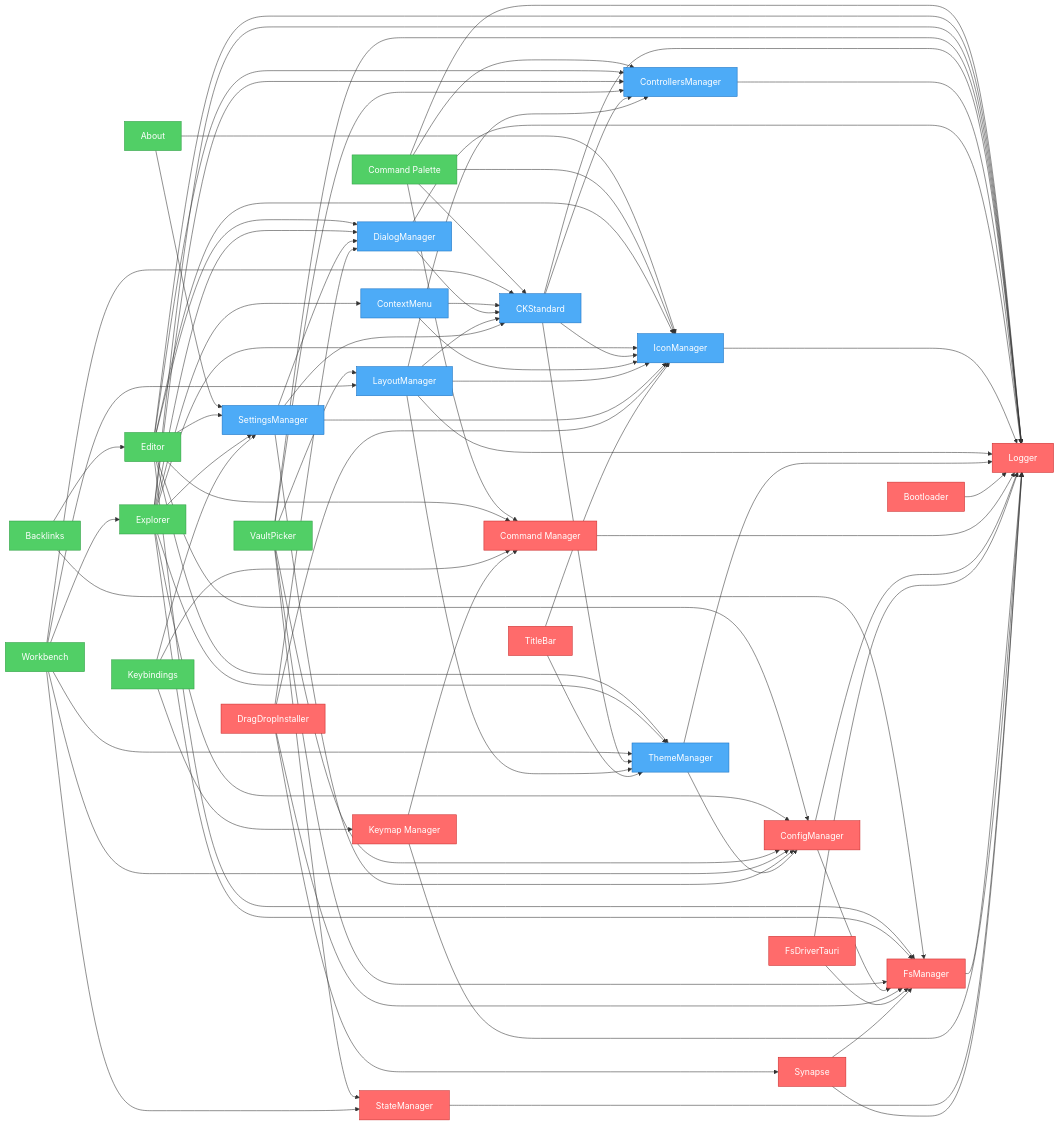
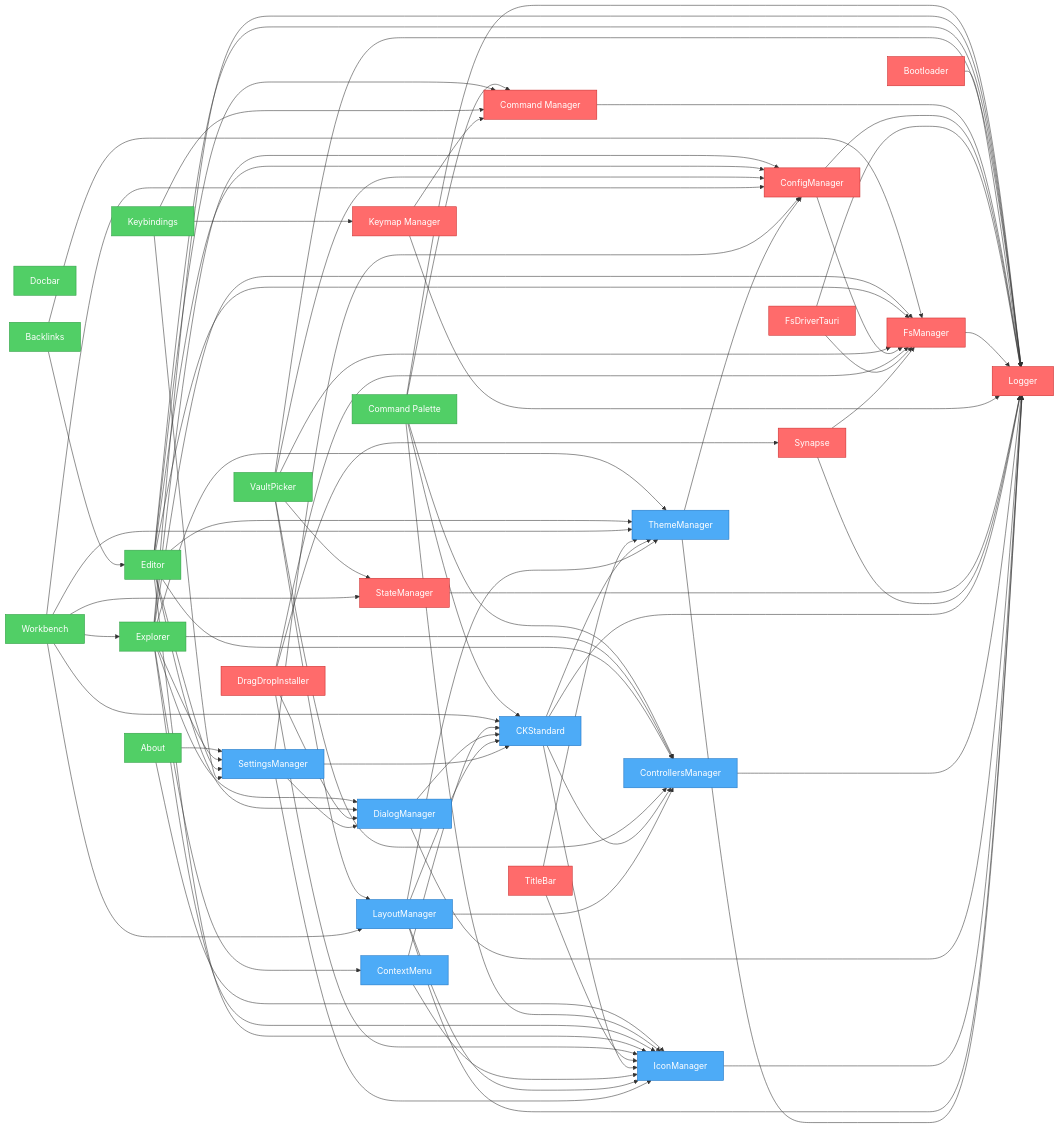
Before and after one commit to khton-tech/notehub.md: the diagram in artifacts/graph.mmd, drawn with Mermaid. The commit also changed 31 other files, not shown here.

Commit message:
feat: Introduce the `ext.docbar` plugin with its dependencies, documentation, a new CLI create command, and an `artifacts/graph.html` file.

```diff
--- a/artifacts/graph.mmd
+++ b/artifacts/graph.mmd
@@ -1,118 +1,119 @@
 flowchart LR
+    ext_docbar["Docbar"]
     nh_features_about["About"]
+    nh_features_command-palette["Command Palette"]
     nh_features_backlinks["Backlinks"]
-    nh_features_command-palette["Command Palette"]
+    nh_features_explorer["Explorer"]
     nh_features_editor["Editor"]
-    nh_features_explorer["Explorer"]
     nh_features_keybindings["Keybindings"]
     nh_features_vault-picker["VaultPicker"]
     nh_features_workbench["Workbench"]
-    nh_ui_ck-standard["CKStandard"]
-    nh_ui_context-menu["ContextMenu"]
-    nh_ui_controllers-manager["ControllersManager"]
-    nh_ui_dialog-manager["DialogManager"]
-    nh_ui_icon-manager["IconManager"]
-    nh_ui_layout-manager["LayoutManager"]
-    nh_ui_settings-manager["SettingsManager"]
-    nh_ui_theme-manager["ThemeManager"]
     nh_system_bootloader["Bootloader"]
     nh_system_command-manager["Command Manager"]
     nh_system_config-manager["ConfigManager"]
     nh_system_drag-drop["DragDropInstaller"]
     nh_system_fs-driver-tauri["FsDriverTauri"]
     nh_system_fs-manager["FsManager"]
     nh_system_keymap["Keymap Manager"]
     nh_system_logger["Logger"]
     nh_system_state-manager["StateManager"]
     nh_system_synapse["Synapse"]
     nh_system_titlebar["TitleBar"]
+    nh_ui_ck-standard["CKStandard"]
+    nh_ui_context-menu["ContextMenu"]
+    nh_ui_controllers-manager["ControllersManager"]
+    nh_ui_dialog-manager["DialogManager"]
+    nh_ui_icon-manager["IconManager"]
+    nh_ui_layout-manager["LayoutManager"]
+    nh_ui_settings-manager["SettingsManager"]
+    nh_ui_theme-manager["ThemeManager"]
     nh_features_about --> nh_ui_settings-manager
     nh_features_about --> nh_ui_icon-manager
-    nh_features_backlinks --> nh_features_editor
-    nh_features_backlinks --> nh_system_fs-manager
     nh_features_command-palette --> nh_system_command-manager
     nh_features_command-palette --> nh_system_logger
     nh_features_command-palette --> nh_ui_controllers-manager
     nh_features_command-palette --> nh_ui_ck-standard
     nh_features_command-palette --> nh_ui_icon-manager
+    nh_features_backlinks --> nh_features_editor
+    nh_features_backlinks --> nh_system_fs-manager
+    nh_features_explorer --> nh_system_config-manager
+    nh_features_explorer --> nh_ui_settings-manager
+    nh_features_explorer --> nh_system_fs-manager
+    nh_features_explorer --> nh_system_logger
+    nh_features_explorer --> nh_ui_controllers-manager
+    nh_features_explorer --> nh_ui_icon-manager
+    nh_features_explorer --> nh_ui_theme-manager
+    nh_features_explorer --> nh_ui_context-menu
+    nh_features_explorer --> nh_ui_dialog-manager
     nh_features_editor --> nh_system_config-manager
     nh_features_editor --> nh_system_command-manager
     nh_features_editor --> nh_ui_settings-manager
     nh_features_editor --> nh_system_fs-manager
     nh_features_editor --> nh_system_logger
     nh_features_editor --> nh_ui_controllers-manager
     nh_features_editor --> nh_ui_dialog-manager
     nh_features_editor --> nh_ui_icon-manager
     nh_features_editor --> nh_ui_theme-manager
-    nh_features_explorer --> nh_system_config-manager
-    nh_features_explorer --> nh_ui_settings-manager
-    nh_features_explorer --> nh_system_fs-manager
-    nh_features_explorer --> nh_system_logger
-    nh_features_explorer --> nh_ui_controllers-manager
-    nh_features_explorer --> nh_ui_icon-manager
-    nh_features_explorer --> nh_ui_theme-manager
-    nh_features_explorer --> nh_ui_context-menu
-    nh_features_explorer --> nh_ui_dialog-manager
     nh_features_keybindings --> nh_ui_settings-manager
     nh_features_keybindings --> nh_system_command-manager
     nh_features_keybindings --> nh_system_keymap
     nh_features_vault-picker --> nh_system_fs-manager
     nh_features_vault-picker --> nh_system_config-manager
     nh_features_vault-picker --> nh_system_state-manager
     nh_features_vault-picker --> nh_system_logger
     nh_features_vault-picker --> nh_ui_controllers-manager
     nh_features_vault-picker --> nh_ui_layout-manager
     nh_features_workbench --> nh_system_config-manager
     nh_features_workbench --> nh_ui_layout-manager
     nh_features_workbench --> nh_ui_theme-manager
     nh_features_workbench --> nh_ui_ck-standard
     nh_features_workbench --> nh_system_state-manager
     nh_features_workbench --> nh_features_explorer
+    nh_system_bootloader --> nh_system_logger
+    nh_system_command-manager --> nh_system_logger
+    nh_system_config-manager --> nh_system_logger
+    nh_system_config-manager --> nh_system_fs-manager
+    nh_system_drag-drop --> nh_ui_icon-manager
+    nh_system_drag-drop --> nh_ui_dialog-manager
+    nh_system_drag-drop --> nh_system_fs-manager
+    nh_system_drag-drop --> nh_system_synapse
+    nh_system_fs-driver-tauri --> nh_system_logger
+    nh_system_fs-driver-tauri --> nh_system_fs-manager
+    nh_system_fs-manager --> nh_system_logger
+    nh_system_keymap --> nh_system_command-manager
+    nh_system_keymap --> nh_system_logger
+    nh_system_state-manager --> nh_system_logger
+    nh_system_synapse --> nh_system_fs-manager
+    nh_system_synapse --> nh_system_logger
+    nh_system_titlebar --> nh_ui_icon-manager
+    nh_system_titlebar --> nh_ui_theme-manager
     nh_ui_ck-standard --> nh_system_logger
     nh_ui_ck-standard --> nh_ui_controllers-manager
     nh_ui_ck-standard --> nh_ui_icon-manager
     nh_ui_ck-standard --> nh_ui_theme-manager
     nh_ui_context-menu --> nh_ui_icon-manager
     nh_ui_context-menu --> nh_ui_ck-standard
     nh_ui_controllers-manager --> nh_system_logger
     nh_ui_dialog-manager --> nh_system_logger
     nh_ui_dialog-manager --> nh_ui_ck-standard
     nh_ui_icon-manager --> nh_system_logger
     nh_ui_layout-manager --> nh_system_logger
     nh_ui_layout-manager --> nh_ui_theme-manager
     nh_ui_layout-manager --> nh_ui_icon-manager
     nh_ui_layout-manager --> nh_ui_controllers-manager
     nh_ui_layout-manager --> nh_ui_ck-standard
     nh_ui_settings-manager --> nh_system_config-manager
     nh_ui_settings-manager --> nh_ui_ck-standard
     nh_ui_settings-manager --> nh_ui_icon-manager
     nh_ui_settings-manager --> nh_ui_dialog-manager
     nh_ui_theme-manager --> nh_system_logger
     nh_ui_theme-manager --> nh_system_config-manager
-    nh_system_bootloader --> nh_system_logger
-    nh_system_command-manager --> nh_system_logger
-    nh_system_config-manager --> nh_system_logger
-    nh_system_config-manager --> nh_system_fs-manager
-    nh_system_drag-drop --> nh_ui_icon-manager
-    nh_system_drag-drop --> nh_ui_dialog-manager
-    nh_system_drag-drop --> nh_system_fs-manager
-    nh_system_drag-drop --> nh_system_synapse
-    nh_system_fs-driver-tauri --> nh_system_logger
-    nh_system_fs-driver-tauri --> nh_system_fs-manager
-    nh_system_fs-manager --> nh_system_logger
-    nh_system_keymap --> nh_system_command-manager
-    nh_system_keymap --> nh_system_logger
-    nh_system_state-manager --> nh_system_logger
-    nh_system_synapse --> nh_system_fs-manager
-    nh_system_synapse --> nh_system_logger
-    nh_system_titlebar --> nh_ui_icon-manager
-    nh_system_titlebar --> nh_ui_theme-manager
 
     %% Styles
     classDef system fill:#ff6b6b,stroke:#c92a2a,color:#fff
     classDef ui fill:#4dabf7,stroke:#1971c2,color:#fff
     classDef feature fill:#51cf66,stroke:#2f9e44,color:#fff
-    class nh_features_about,nh_features_backlinks,nh_features_keybindings,nh_features_vault-picker feature
-    class nh_features_command-palette,nh_features_editor,nh_features_explorer,nh_features_workbench feature
+    class ext_docbar,nh_features_about,nh_features_backlinks,nh_features_keybindings,nh_features_vault-picker feature
+    class nh_features_command-palette,nh_features_explorer,nh_features_editor,nh_features_workbench feature
+    class nh_system_bootloader,nh_system_command-manager,nh_system_config-manager,nh_system_drag-drop,nh_system_fs-driver-tauri,nh_system_fs-manager,nh_system_keymap,nh_system_logger,nh_system_state-manager,nh_system_synapse,nh_system_titlebar system
     class nh_ui_ck-standard,nh_ui_context-menu,nh_ui_controllers-manager,nh_ui_dialog-manager,nh_ui_icon-manager,nh_ui_layout-manager,nh_ui_settings-manager,nh_ui_theme-manager ui
-    class nh_system_bootloader,nh_system_command-manager,nh_system_config-manager,nh_system_drag-drop,nh_system_fs-driver-tauri,nh_system_fs-manager,nh_system_keymap,nh_system_logger,nh_system_state-manager,nh_system_synapse,nh_system_titlebar system
```
